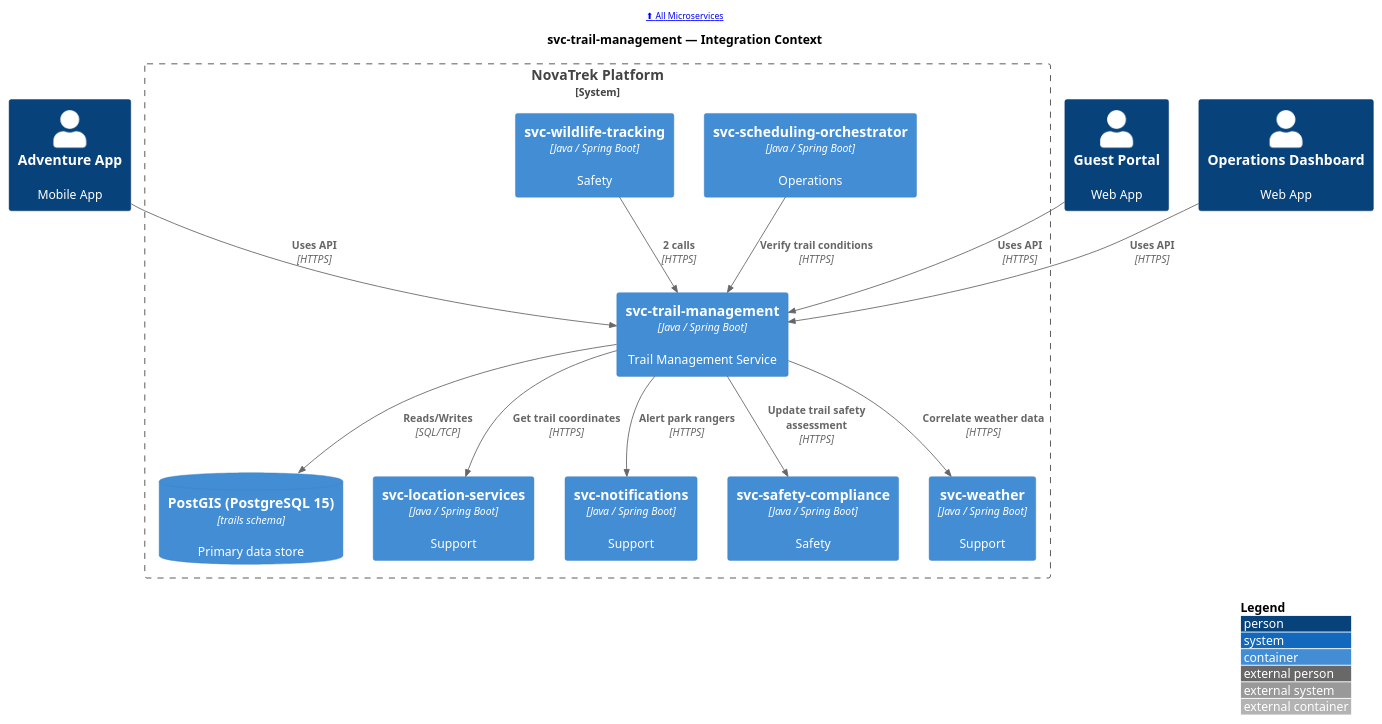
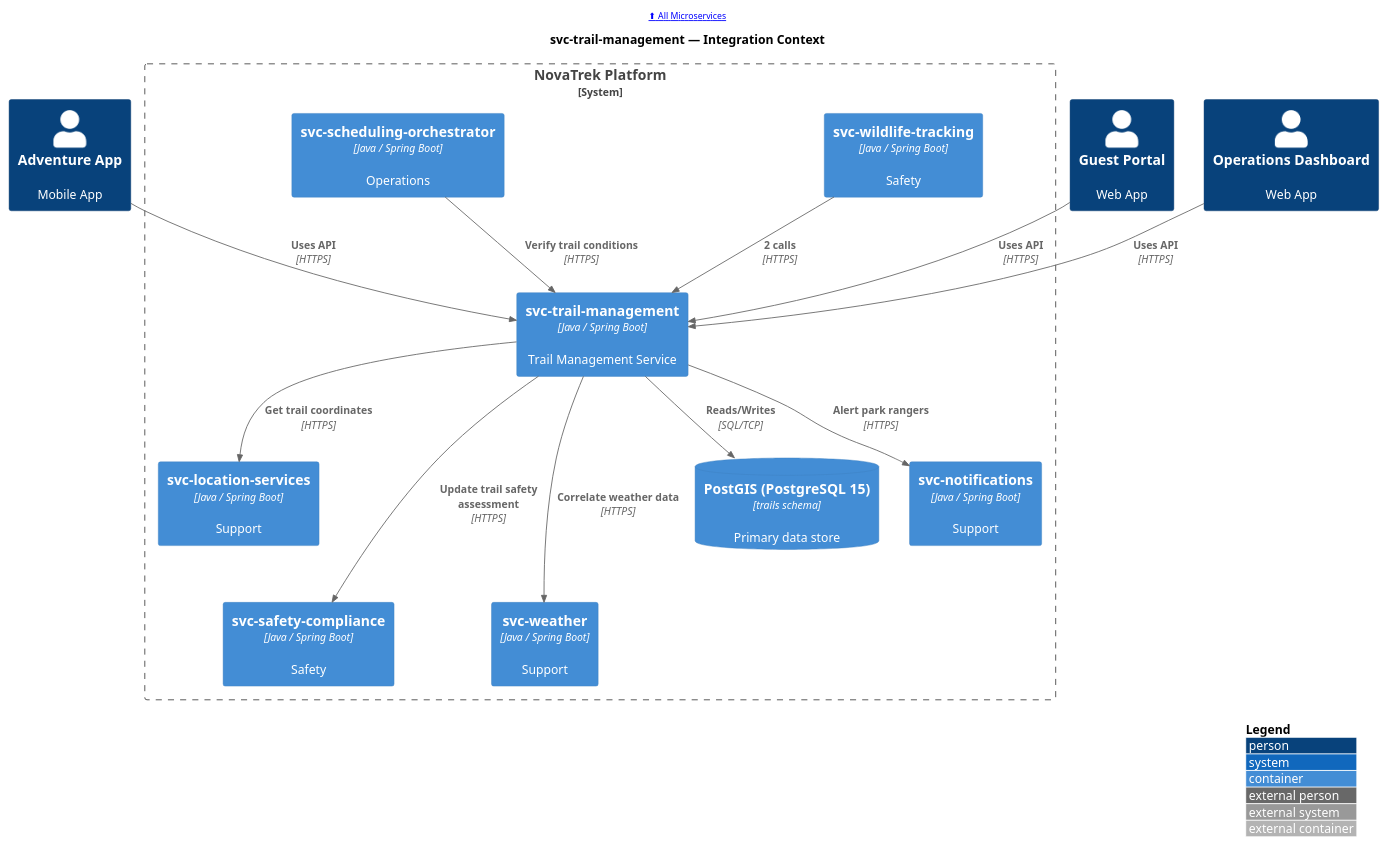
Before and after one commit to christopherblaisdell/continuous-architecture-platform-poc: the diagram in portal/docs/microservices/puml/svc-trail-management--c4-context.puml, drawn with PlantUML. The commit also changed 22 other files, not shown here.

First line of the commit message:
fix: restructure event-flow and C4 context diagram layouts for better aspect ratios

```diff
--- a/portal/docs/microservices/puml/svc-trail-management--c4-context.puml
+++ b/portal/docs/microservices/puml/svc-trail-management--c4-context.puml
@@ -1,38 +1,44 @@
 @startuml
 !include <c4/C4_Container>
 
 LAYOUT_WITH_LEGEND()
 LAYOUT_TOP_DOWN()
 
 header [[/microservices/ ⬆ All Microservices]]
 
 title svc-trail-management — Integration Context
 
 Person(app_guest_mobile, "Adventure App", "Mobile App", $link="/applications/app-guest-mobile/#service-dependencies")
 Person(web_guest_portal, "Guest Portal", "Web App", $link="/applications/web-guest-portal/#service-dependencies")
 Person(web_ops_dashboard, "Operations Dashboard", "Web App", $link="/applications/web-ops-dashboard/#service-dependencies")
 
 System_Boundary(boundary, "NovaTrek Platform") {
     Container(svc_trail_management, "svc-trail-management", "Java / Spring Boot", "Trail Management Service", $link="/microservices/svc-trail-management/")
     ContainerDb(svc_trail_management_db, "PostGIS (PostgreSQL 15)", "trails schema", "Primary data store", $link="/microservices/svc-trail-management/#data-store")
     Container(svc_scheduling_orchestrator, "svc-scheduling-orchestrator", "Java / Spring Boot", "Operations", $link="/microservices/svc-scheduling-orchestrator/#integration-context")
     Container(svc_wildlife_tracking, "svc-wildlife-tracking", "Java / Spring Boot", "Safety", $link="/microservices/svc-wildlife-tracking/#integration-context")
     Container(svc_location_services, "svc-location-services", "Java / Spring Boot", "Support", $link="/microservices/svc-location-services/#integration-context")
     Container(svc_notifications, "svc-notifications", "Java / Spring Boot", "Support", $link="/microservices/svc-notifications/#integration-context")
     Container(svc_safety_compliance, "svc-safety-compliance", "Java / Spring Boot", "Safety", $link="/microservices/svc-safety-compliance/#integration-context")
     Container(svc_weather, "svc-weather", "Java / Spring Boot", "Support", $link="/microservices/svc-weather/#integration-context")
 }
 
 
 Rel(app_guest_mobile, svc_trail_management, "Uses API", "HTTPS")
 Rel(web_guest_portal, svc_trail_management, "Uses API", "HTTPS")
 Rel(web_ops_dashboard, svc_trail_management, "Uses API", "HTTPS")
 Rel(svc_scheduling_orchestrator, svc_trail_management, "Verify trail conditions", "HTTPS")
 Rel(svc_wildlife_tracking, svc_trail_management, "2 calls", "HTTPS")
 Rel(svc_trail_management, svc_trail_management_db, "Reads/Writes", "SQL/TCP")
 Rel(svc_trail_management, svc_location_services, "Get trail coordinates", "HTTPS")
 Rel(svc_trail_management, svc_notifications, "Alert park rangers", "HTTPS")
 Rel(svc_trail_management, svc_safety_compliance, "Update trail safety assessment", "HTTPS")
 Rel(svc_trail_management, svc_weather, "Correlate weather data", "HTTPS")
 
+' Layout hints: stack peers in columns
+Lay_D(svc_scheduling_orchestrator, svc_location_services)
+Lay_D(svc_wildlife_tracking, svc_notifications)
+Lay_D(svc_location_services, svc_safety_compliance)
+Lay_D(svc_notifications, svc_weather)
+
 @enduml
```
